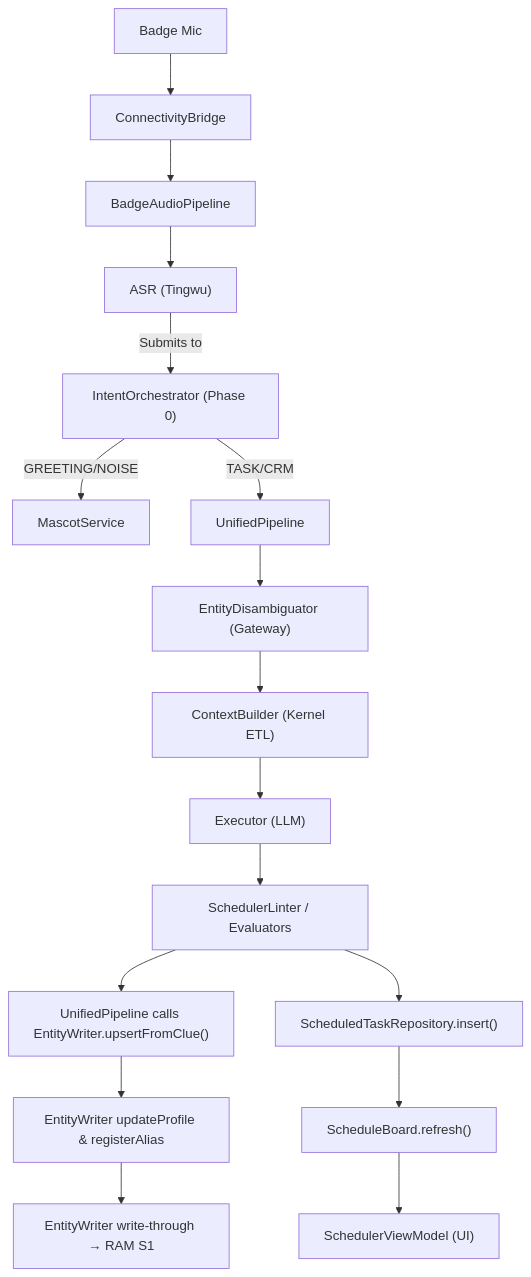
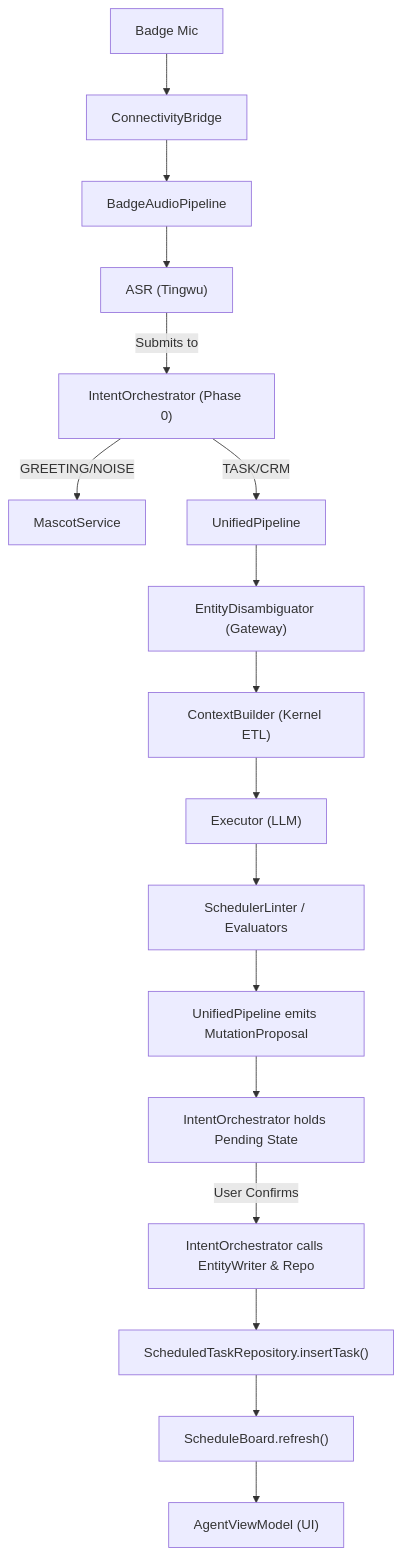
Before and after one commit to esir-nus/smart-sales-main: the diagram in docs/cerb/interface-map.md, drawn with Mermaid. The commit also changed 6 other files, not shown here.

Commit message:
feat(core): Wave 3 Scheduler Migration - Open-Loop pending architecture

````diff
--- a/docs/cerb/interface-map.md
+++ b/docs/cerb/interface-map.md
@@ -118,19 +118,19 @@
 ```mermaid
 graph TD
     A["Badge Mic"] --> B["ConnectivityBridge"]
     B --> C["BadgeAudioPipeline"]
     C --> D["ASR (Tingwu)"]
     D -->|Submits to| E["IntentOrchestrator (Phase 0)"]
     E -->|GREETING/NOISE| F1["MascotService"]
     E -->|TASK/CRM| E2["UnifiedPipeline"]
     E2 --> F0["EntityDisambiguator (Gateway)"]
     F0 --> F2["ContextBuilder (Kernel ETL)"]
     F2 --> F["Executor (LLM)"]
     F --> G["SchedulerLinter / Evaluators"]
-    G --> H1["UnifiedPipeline calls EntityWriter.upsertFromClue()"]
-    H1 --> H2["EntityWriter updateProfile & registerAlias"]
-    H2 --> H3["EntityWriter write-through → RAM S1"]
-    G --> I["ScheduledTaskRepository.insert()"]
+    G --> H1["UnifiedPipeline emits MutationProposal"]
+    H1 --> H2["IntentOrchestrator holds Pending State"]
+    H2 -->|User Confirms| H3["IntentOrchestrator calls EntityWriter & Repo"]
+    H3 --> I["ScheduledTaskRepository.insertTask()"]
     I --> J["ScheduleBoard.refresh()"]
-    J --> K["SchedulerViewModel (UI)"]
+    J --> K["AgentViewModel (UI)"]
 ```
````
